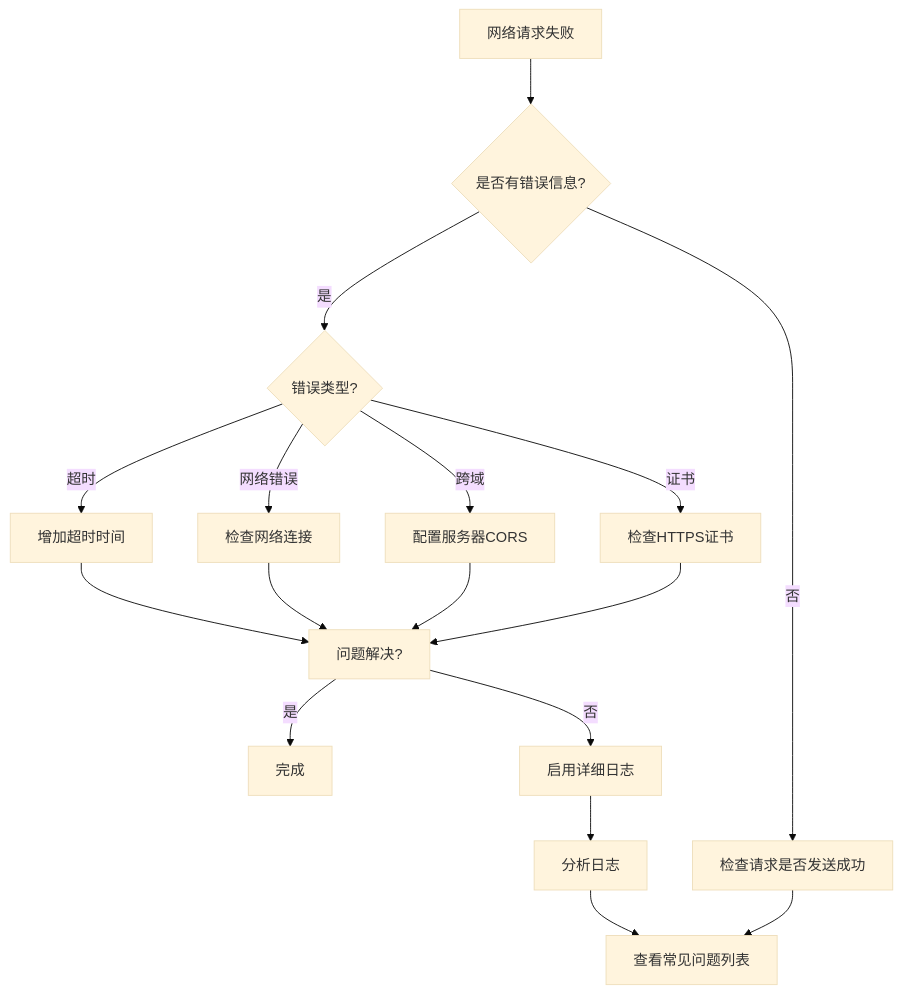
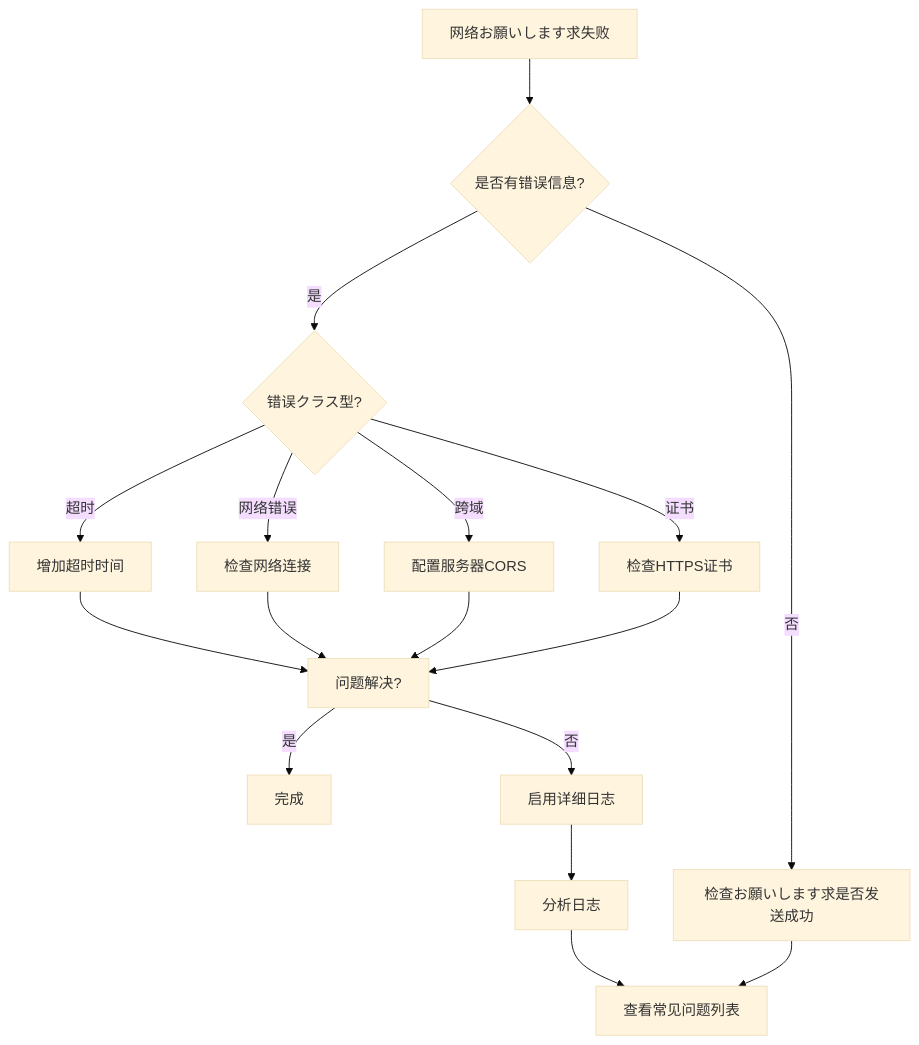
The diagram in docs/ja/client/unity/component/web/11.troubleshooting.md (AlianBlank/GameFrameX.Docs), drawn with Mermaid (base theme) before and after one commit. The commit also changed other lines of this file and 603 other files, not shown here.

````diff
--- a/docs/ja/client/unity/component/web/11.troubleshooting.md
+++ b/docs/ja/client/unity/component/web/11.troubleshooting.md
@@ -403,23 +403,23 @@
 ```mermaid
 flowchart TD
-    A[网络请求失败] --> B{是否有错误信息?}
-    B -->|是| C{错误类型?}
-    B -->|否| D[检查请求是否发送成功]
+    A[网络お願いします求失败] --> B{是否有错误信息?}
+    B -->|是| C{错误クラス型?}
+    B -->|否| D[检查お願いします求是否发送成功]
     
     C -->|超时| E[增加超时时间]
     C -->|网络错误| F[检查网络连接]
     C -->|跨域| G[配置服务器CORS]
     C -->|证书| H[检查HTTPS证书]
     
     E --> I[问题解决?]
     F --> I
     G --> I
     H --> I
     
     I -->|是| J[完成]
     I -->|否| K[启用详细日志]
     K --> L[分析日志]
     L --> M[查看常见问题列表]
     
     D --> M
 ```
````
